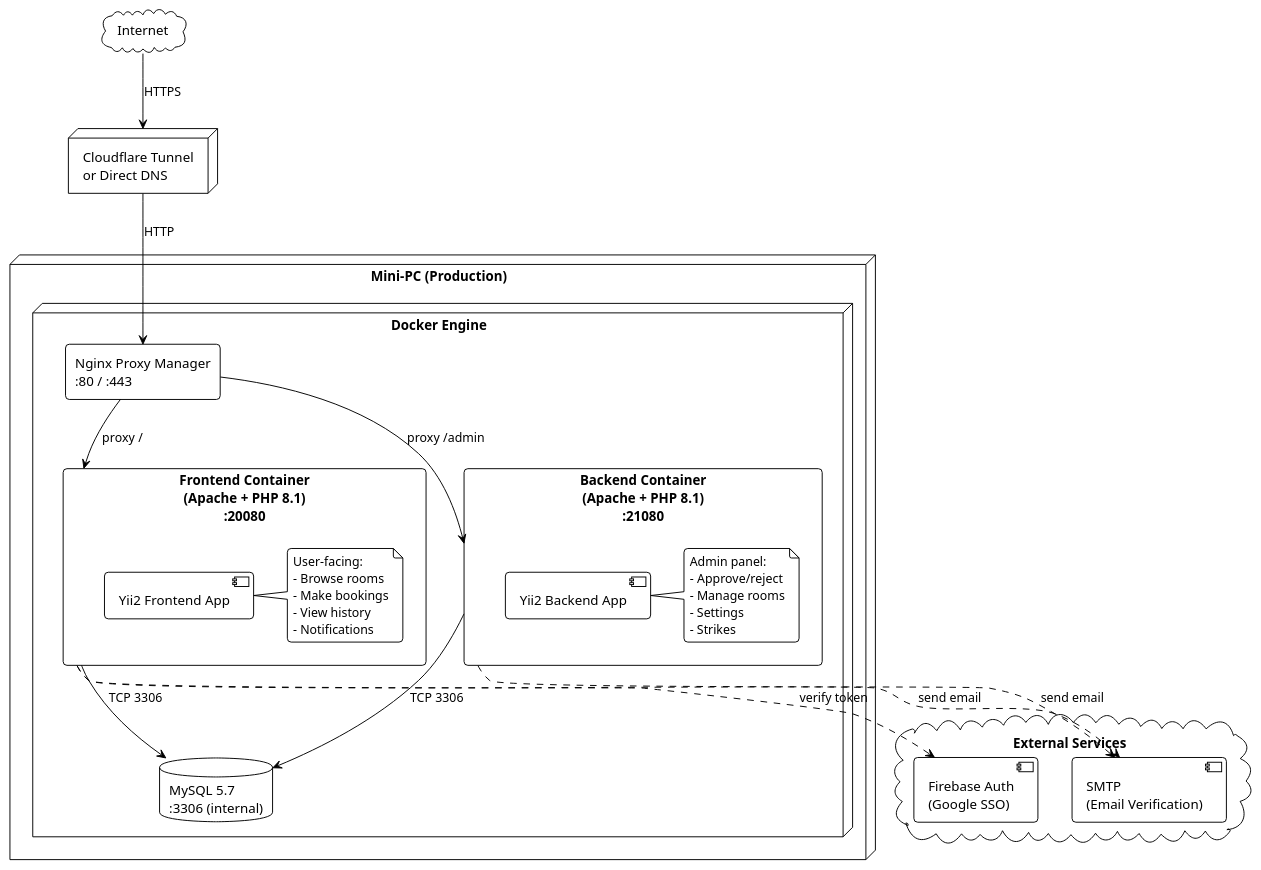
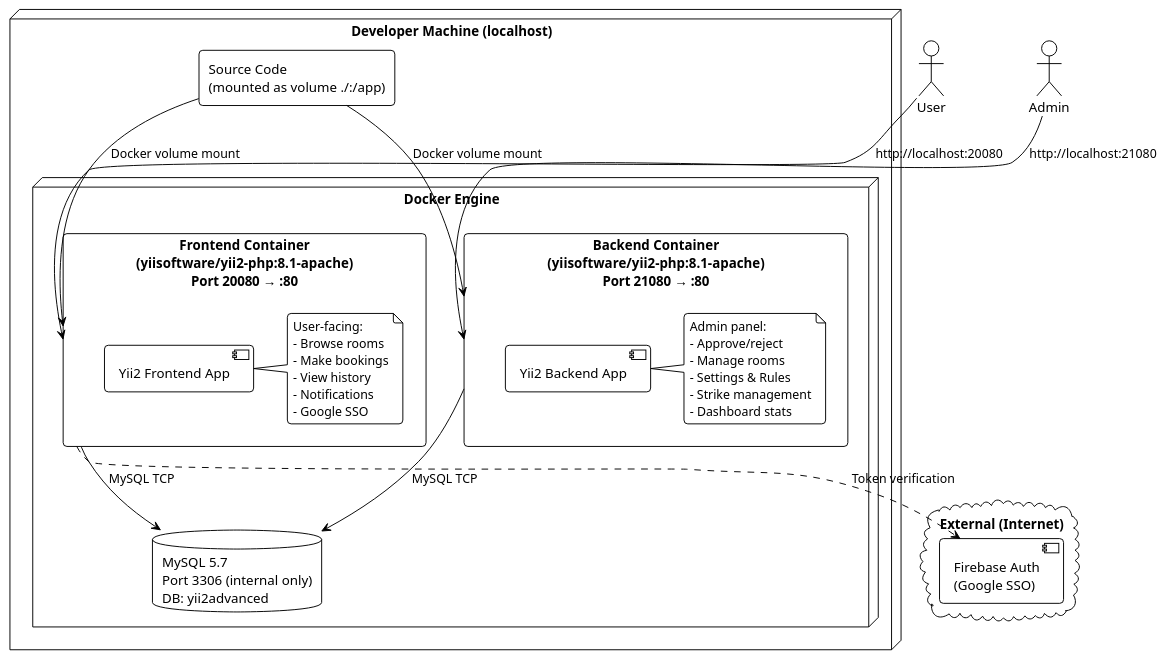
One commit to Jeff146354/capstone-ssmi-ruang-rapat changed the diagram in docs/tech-docs/diagram/architecture.puml. Above: the diagram before and after it, drawn with PlantUML. The commit also changed 15 other files, not shown here.

Commit message:
docs: rewrite documentation — honest status, detailed setup guide, developer guide, changelog, updated architecture

```diff
--- a/docs/tech-docs/diagram/architecture.puml
+++ b/docs/tech-docs/diagram/architecture.puml
@@ -1,59 +1,56 @@
-@startuml Deployment Architecture - IPB Reserve
+@startuml Development Architecture - IPB Reserve
 !theme plain
 skinparam roundcorner 8
 
-cloud "Internet" as internet {
-}
+node "Developer Machine (localhost)" as dev {
 
-node "Cloudflare Tunnel\nor Direct DNS" as cf
+    node "Docker Engine" as docker {
 
-node "Mini-PC (Production)" as server {
-    
-    node "Docker Engine" as docker {
-        
-        rectangle "Nginx Proxy Manager\n:80 / :443" as npm {
-        }
-        
-        rectangle "Frontend Container\n(Apache + PHP 8.1)\n:20080" as frontend {
+        rectangle "Frontend Container\n(yiisoftware/yii2-php:8.1-apache)\nPort 20080 → :80" as frontend {
             component "Yii2 Frontend App" as fapp
             note right of fapp
               User-facing:
               - Browse rooms
               - Make bookings
               - View history
               - Notifications
+              - Google SSO
             end note
         }
-        
-        rectangle "Backend Container\n(Apache + PHP 8.1)\n:21080" as backend {
+
+        rectangle "Backend Container\n(yiisoftware/yii2-php:8.1-apache)\nPort 21080 → :80" as backend {
             component "Yii2 Backend App" as bapp
             note right of bapp
               Admin panel:
               - Approve/reject
               - Manage rooms
-              - Settings
-              - Strikes
+              - Settings & Rules
+              - Strike management
+              - Dashboard stats
             end note
         }
-        
-        database "MySQL 5.7\n:3306 (internal)" as db {
+
+        database "MySQL 5.7\nPort 3306 (internal only)\nDB: yii2advanced" as db {
         }
     }
+
+    rectangle "Source Code\n(mounted as volume ./:/app)" as code
 }
 
-cloud "External Services" as ext {
+cloud "External (Internet)" as ext {
     component "Firebase Auth\n(Google SSO)" as firebase
-    component "SMTP\n(Email Verification)" as smtp
 }
 
-internet --> cf : HTTPS
-cf --> npm : HTTP
-npm --> frontend : proxy /
-npm --> backend : proxy /admin
-frontend --> db : TCP 3306
-backend --> db : TCP 3306
-frontend ..> firebase : verify token
-frontend ..> smtp : send email
-backend ..> smtp : send email
+frontend --> db : MySQL TCP
+backend --> db : MySQL TCP
+frontend ..> firebase : Token verification
+code --> frontend : Docker volume mount
+code --> backend : Docker volume mount
+
+actor "User" as user
+actor "Admin" as admin
+
+user --> frontend : http://localhost:20080
+admin --> backend : http://localhost:21080
 
 @enduml
```
